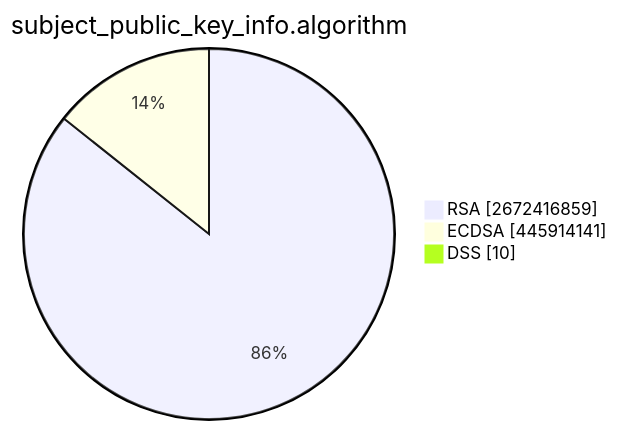
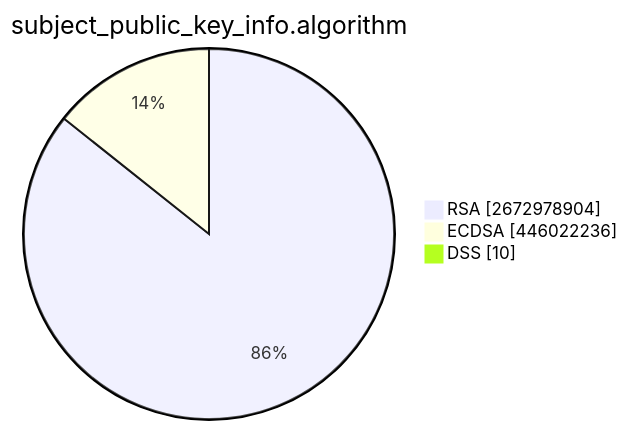
One commit to christiankrug/ctmonitor_visualization changed the second of 15 diagrams in TOTAL/README.md. Above: the diagram before and after it, drawn with Mermaid. The commit also changed other lines of this file, not shown here.

````diff
--- a/TOTAL/README.md
+++ b/TOTAL/README.md
@@ -6,7 +6,7 @@
 ```mermaid
 pie showData
 title subject_public_key_info.algorithm
-"RSA" :2672416859
-"ECDSA" :445914141
+"RSA" :2672978904
+"ECDSA" :446022236
 "DSS" :10
 ```
````
